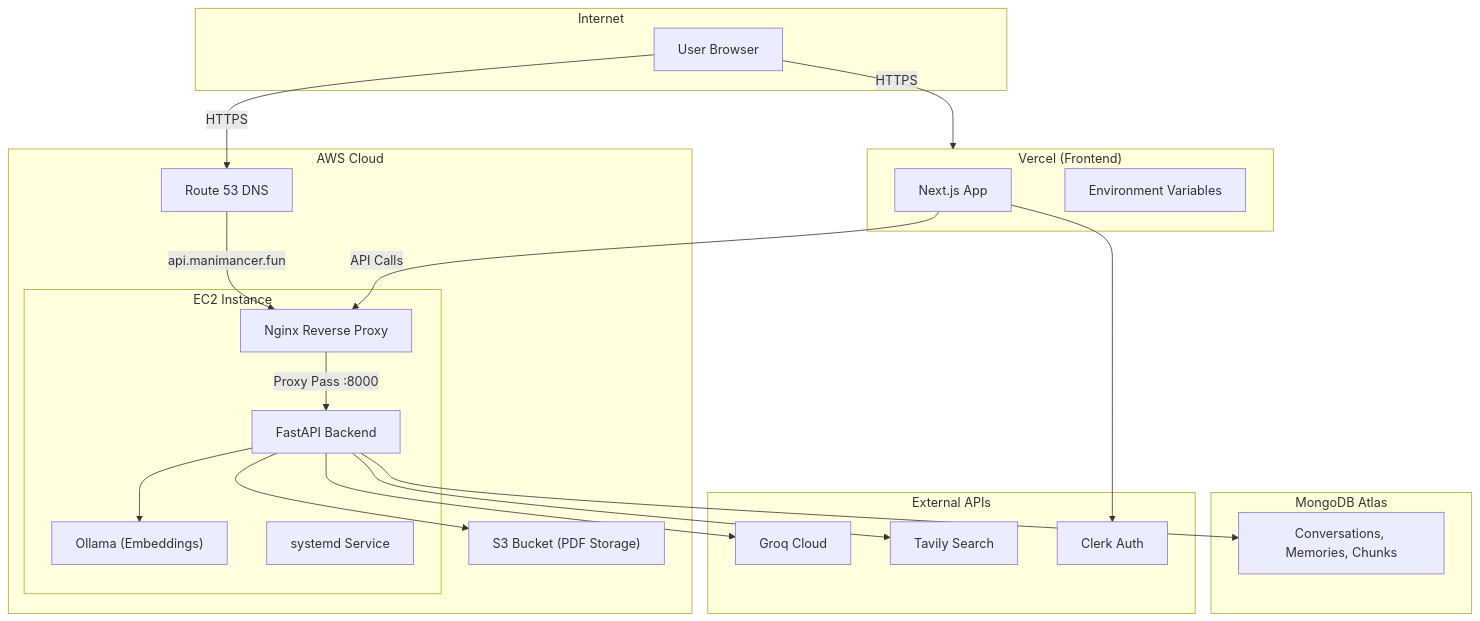
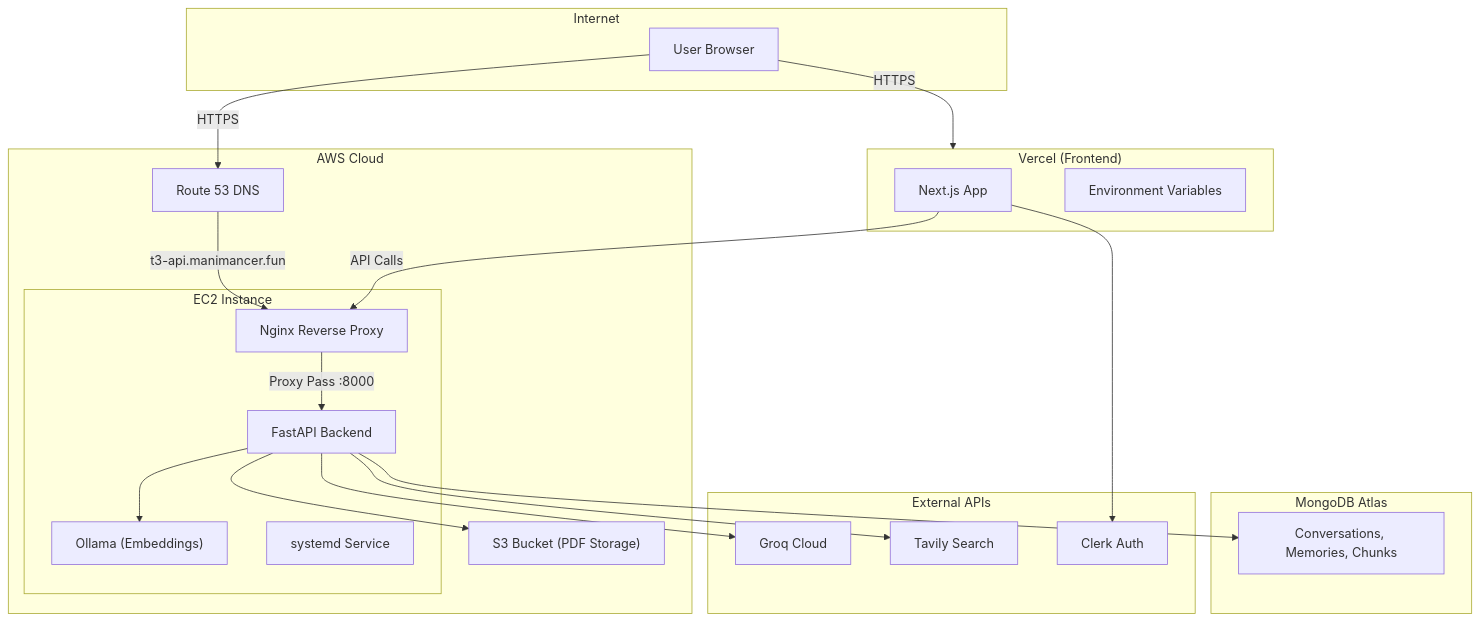
One commit to Aafimalek/t3_chat changed the second of 11 diagrams in README.md. Above: the diagram before and after it, drawn with Mermaid. The commit also changed other lines of this file and 1 other file, not shown here.

````diff
--- a/README.md
+++ b/README.md
@@ -197,44 +197,44 @@
 ```mermaid
 flowchart TB
     subgraph Internet["Internet"]
         User["User Browser"]
     end
 
     subgraph Vercel["Vercel (Frontend)"]
         NextJS["Next.js App"]
         VercelEnv["Environment Variables"]
     end
 
     subgraph AWS["AWS Cloud"]
         subgraph EC2["EC2 Instance"]
             Nginx["Nginx Reverse Proxy"]
             FastAPI["FastAPI Backend"]
             Ollama["Ollama (Embeddings)"]
             Systemd["systemd Service"]
         end
         S3["S3 Bucket (PDF Storage)"]
         Route53["Route 53 DNS"]
     end
 
     subgraph MongoDB["MongoDB Atlas"]
         Collections["Conversations, Memories, Chunks"]
     end
 
     subgraph ExternalAPIs["External APIs"]
         Groq["Groq Cloud"]
         Tavily["Tavily Search"]
         Clerk["Clerk Auth"]
     end
 
     User -->|"HTTPS"| Vercel
     User -->|"HTTPS"| Route53
-    Route53 -->|"api.manimancer.fun"| Nginx
+    Route53 -->|"t3-api.manimancer.fun"| Nginx
     NextJS -->|"API Calls"| Nginx
     Nginx -->|"Proxy Pass :8000"| FastAPI
     FastAPI --> Ollama
     FastAPI --> S3
     FastAPI --> Collections
     FastAPI --> Groq
     FastAPI --> Tavily
     NextJS --> Clerk
 ```
````
